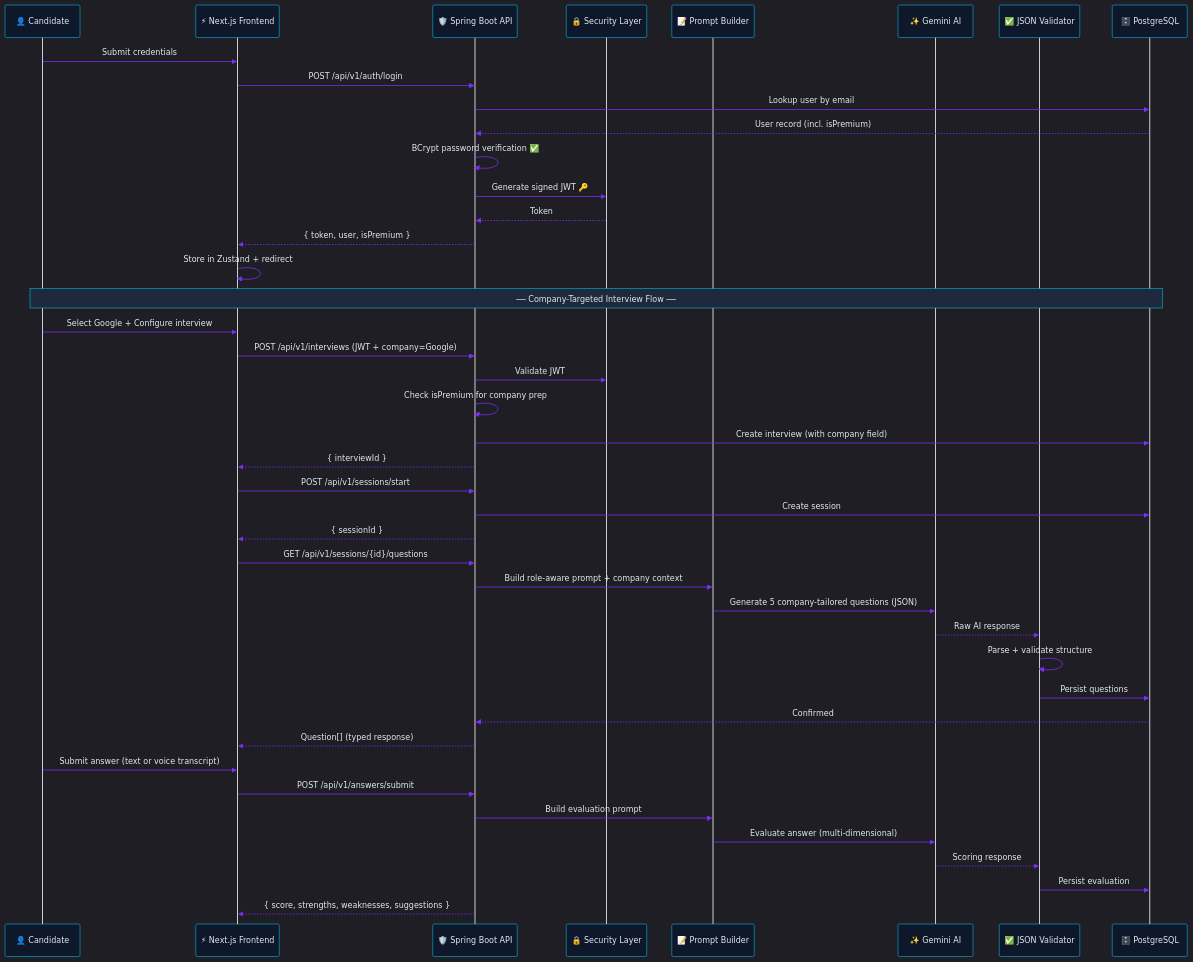
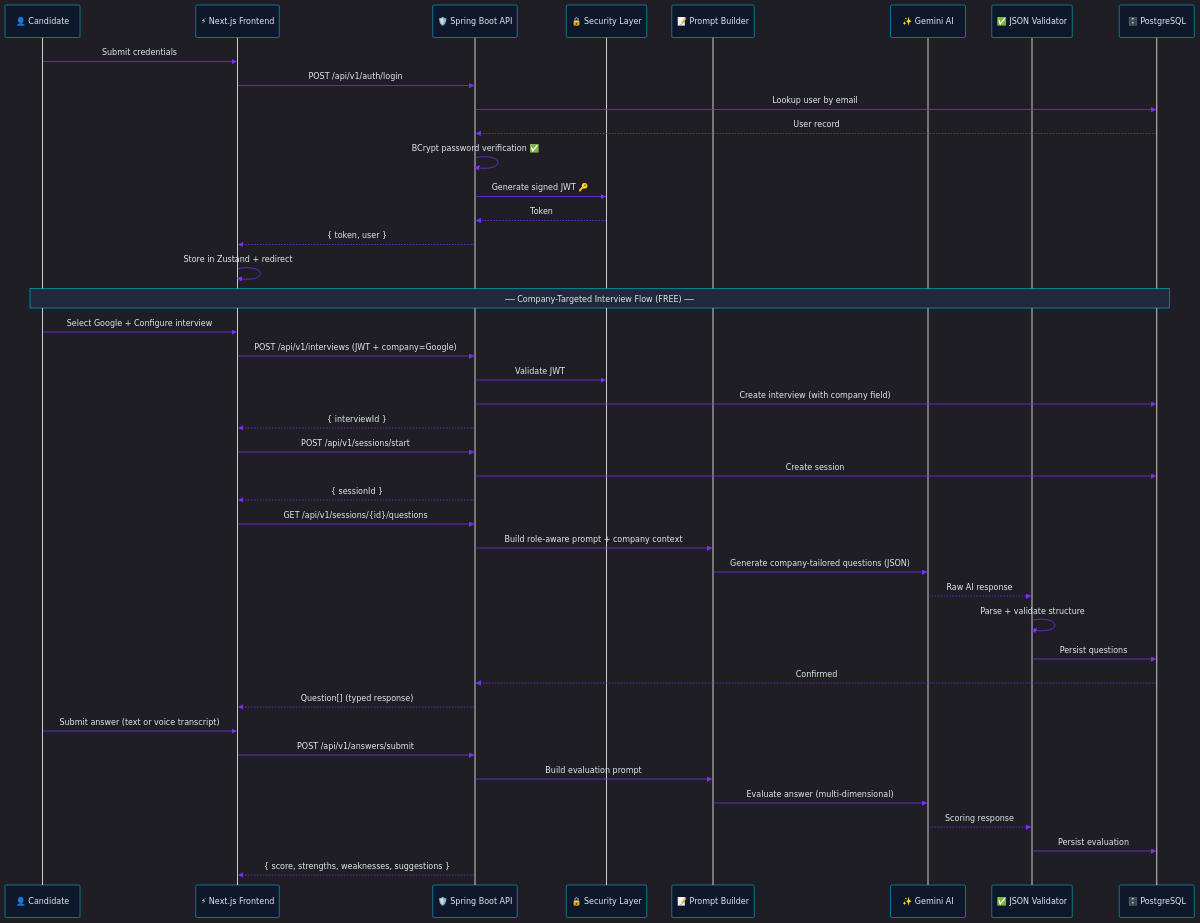
One commit to Jawahar08/interviewforge-ai changed diagram 12 of 15 in README.md. Above: the diagram before and after it, drawn with Mermaid. The commit also changed other lines of this file and 7 other files, not shown here.

````diff
--- a/README.md
+++ b/README.md
@@ -864,53 +868,52 @@
 ```mermaid
 %%{init: {'theme': 'dark', 'themeVariables': { 'actorBkg': '#0f172a', 'actorBorder': '#00d2ff', 'actorTextColor': '#e2e8f0', 'signalColor': '#7b2ff7', 'signalTextColor': '#e2e8f0', 'noteBkgColor': '#1e293b', 'noteTextColor': '#e2e8f0', 'noteBorderColor': '#00d2ff', 'fontFamily': 'JetBrains Mono, monospace'}}}%%
 
 sequenceDiagram
     participant C as 👤 Candidate
     participant F as ⚡ Next.js Frontend
     participant A as 🛡️ Spring Boot API
     participant S as 🔒 Security Layer
     participant P as 📝 Prompt Builder
     participant G as ✨ Gemini AI
     participant V as ✅ JSON Validator
     participant D as 🗄️ PostgreSQL
 
     C->>F: Submit credentials
     F->>A: POST /api/v1/auth/login
     A->>D: Lookup user by email
-    D-->>A: User record (incl. isPremium)
+    D-->>A: User record
     A->>A: BCrypt password verification ✅
     A->>S: Generate signed JWT 🔑
     S-->>A: Token
-    A-->>F: { token, user, isPremium }
+    A-->>F: { token, user }
     F->>F: Store in Zustand + redirect
 
-    Note over C,D: ── Company-Targeted Interview Flow ──
+    Note over C,D: ── Company-Targeted Interview Flow (FREE) ──
 
     C->>F: Select Google + Configure interview
     F->>A: POST /api/v1/interviews (JWT + company=Google)
     A->>S: Validate JWT
-    A->>A: Check isPremium for company prep
     A->>D: Create interview (with company field)
     A-->>F: { interviewId }
 
     F->>A: POST /api/v1/sessions/start
     A->>D: Create session
     A-->>F: { sessionId }
 
     F->>A: GET /api/v1/sessions/{id}/questions
     A->>P: Build role-aware prompt + company context
-    P->>G: Generate 5 company-tailored questions (JSON)
+    P->>G: Generate company-tailored questions (JSON)
     G-->>V: Raw AI response
     V->>V: Parse + validate structure
     V->>D: Persist questions
     D-->>A: Confirmed
     A-->>F: Question[] (typed response)
 
     C->>F: Submit answer (text or voice transcript)
     F->>A: POST /api/v1/answers/submit
     A->>P: Build evaluation prompt
     P->>G: Evaluate answer (multi-dimensional)
     G-->>V: Scoring response
     V->>D: Persist evaluation
     A-->>F: { score, strengths, weaknesses, suggestions }
 ```
````
